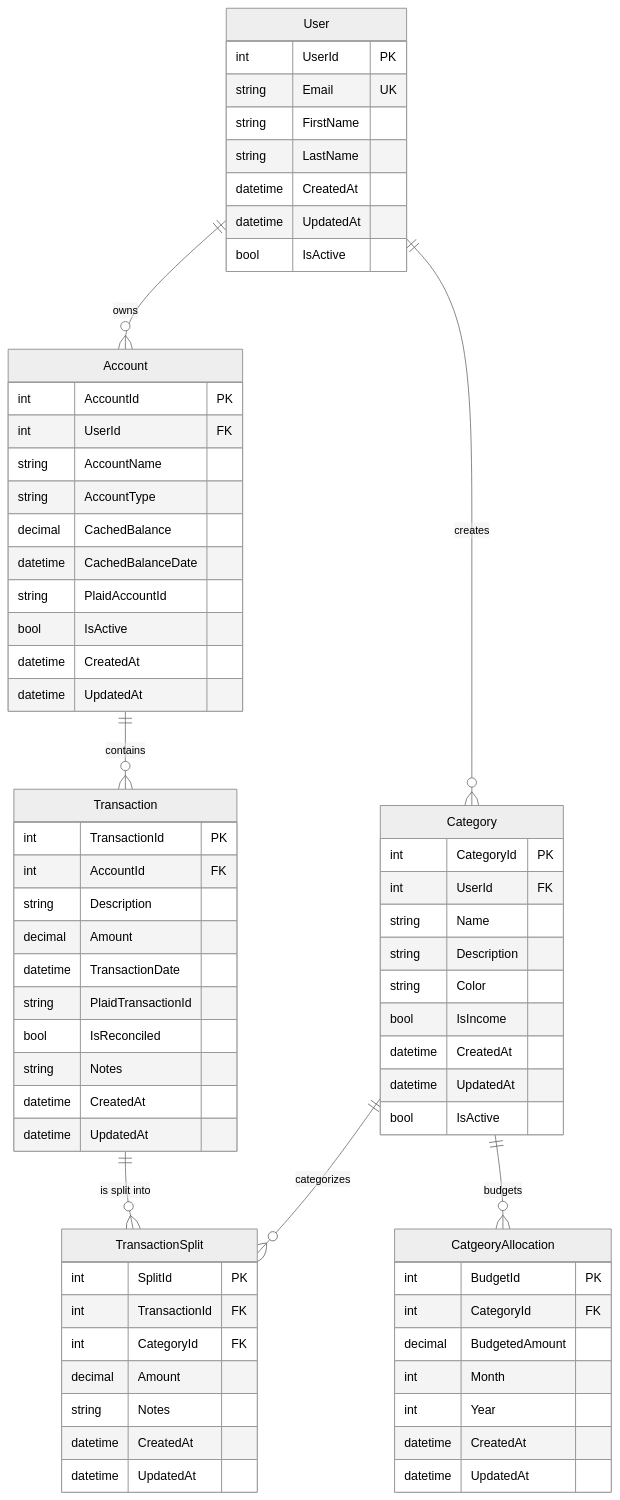
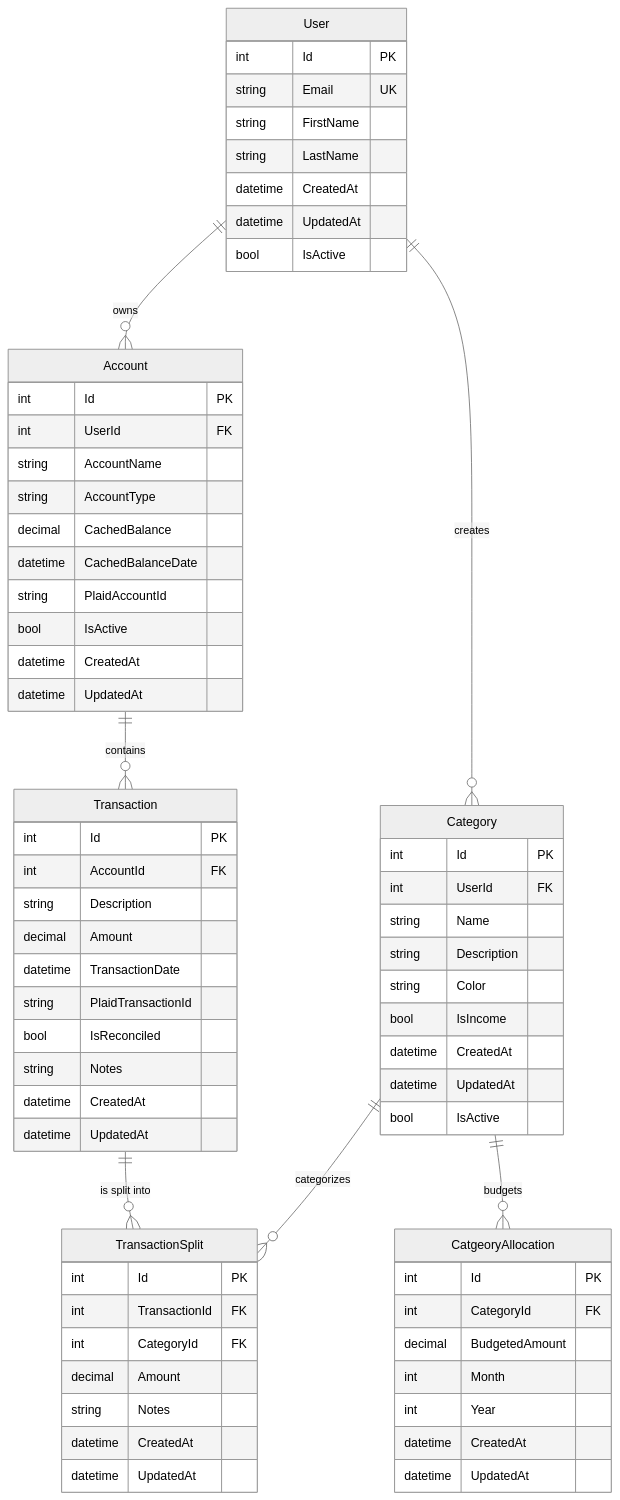
Before and after one commit to SnowSE/wnab: the diagram in database-erd.md, drawn with Mermaid (neutral theme).

Commit message:
updated erd PK names to match convention

````diff
--- a/database-erd.md
+++ b/database-erd.md
@@ -5,80 +5,80 @@
 ```mermaid
 erDiagram
     User {
-        int UserId PK
+        int Id PK
         string Email UK
         string FirstName
         string LastName
         datetime CreatedAt
         datetime UpdatedAt
         bool IsActive
     }
     
     Category {
-        int CategoryId PK
+        int Id PK
         int UserId FK
         string Name
         string Description
         string Color
         bool IsIncome
         datetime CreatedAt
         datetime UpdatedAt
         bool IsActive
     }
     
     Account {
-        int AccountId PK
+        int Id PK
         int UserId FK
         string AccountName
         string AccountType
         decimal CachedBalance
         datetime CachedBalanceDate
         string PlaidAccountId
         bool IsActive
         datetime CreatedAt
         datetime UpdatedAt
     }
     
     Transaction {
-        int TransactionId PK
+        int Id PK
         int AccountId FK
         string Description
         decimal Amount
         datetime TransactionDate
         string PlaidTransactionId
         bool IsReconciled
         string Notes
         datetime CreatedAt
         datetime UpdatedAt
     }
     
     %% Unique constraint: (CategoryId, Year, Month)
     CatgeoryAllocation {
-        int BudgetId PK
+        int Id PK
         int CategoryId FK
         decimal BudgetedAmount
         int Month
         int Year
         datetime CreatedAt
         datetime UpdatedAt
     }
 
     TransactionSplit {
-        int SplitId PK
+        int Id PK
         int TransactionId FK
         int CategoryId FK
         decimal Amount
         string Notes
         datetime CreatedAt
         datetime UpdatedAt
     }
     
     %% Relationships
     User ||--o{ Category : "creates"
     User ||--o{ Account : "owns"
     
     Account ||--o{ Transaction : "contains"
     Transaction ||--o{ TransactionSplit : "is split into"
     Category ||--o{ TransactionSplit : "categorizes"
     Category ||--o{ CatgeoryAllocation : "budgets"
 ```
````
